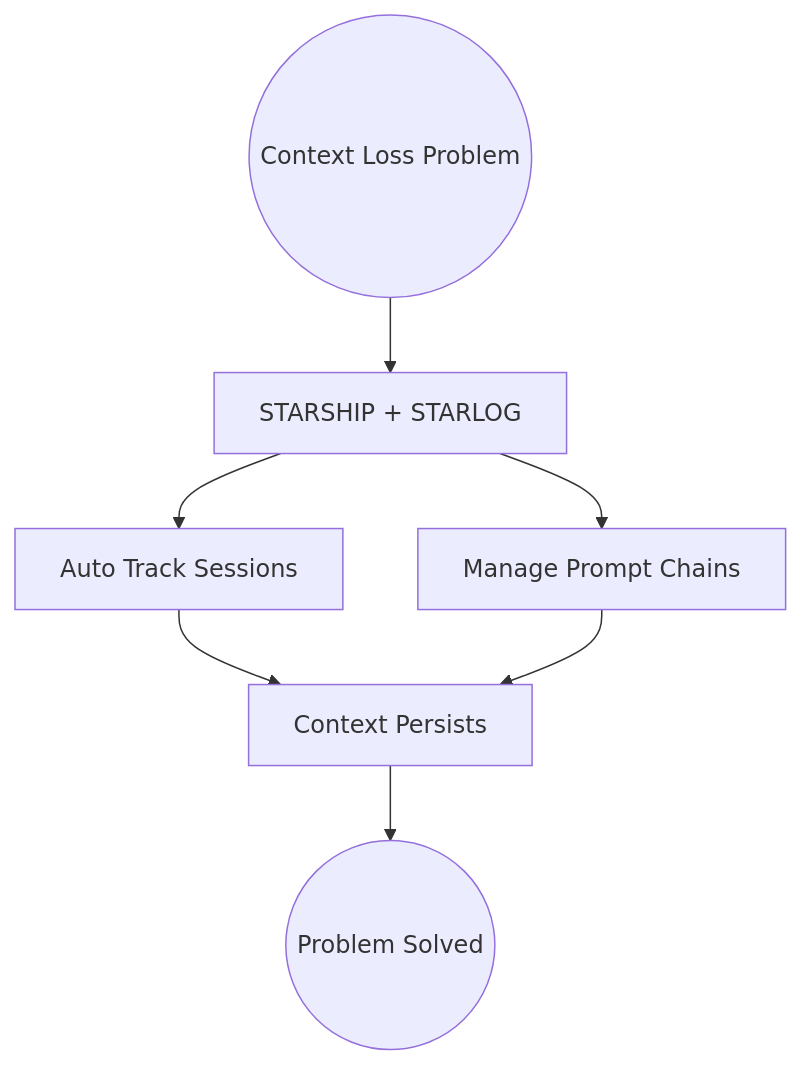
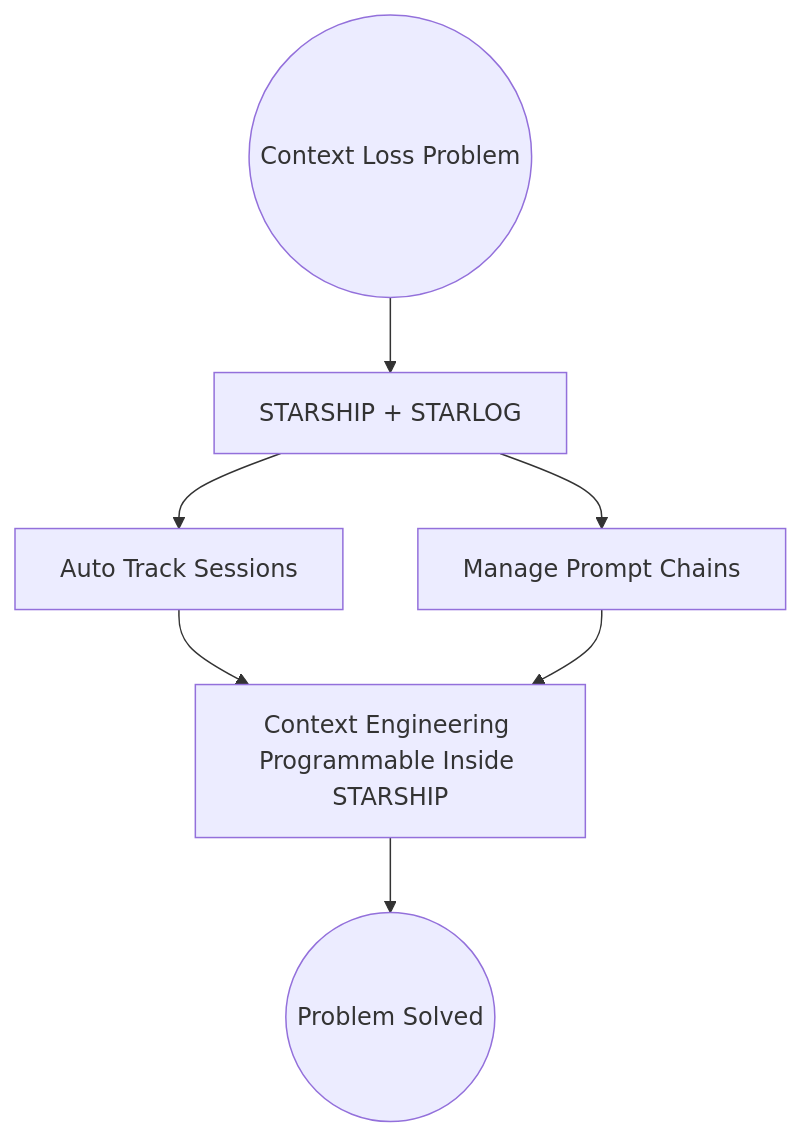
Before and after one commit to sancovp/starship-mcp: the diagram in docs/diagrams/3_problem_starship_solves.mermaid, drawn with Mermaid.

```diff
--- a/docs/diagrams/3_problem_starship_solves.mermaid
+++ b/docs/diagrams/3_problem_starship_solves.mermaid
@@ -1,9 +1,9 @@
 flowchart TD
     n2 --> B[STARSHIP + STARLOG]
     B --> C[Auto Track Sessions]
     B --> D[Manage Prompt Chains]
-    C --> E[Context Persists]
+    C --> E[Context Engineering Programmable Inside STARSHIP]
     D --> E
     E --> n1
     n1@{ shape: "circle", label: "Problem Solved" }
     n2@{ shape: "circle", label: "Context Loss Problem" }
```
